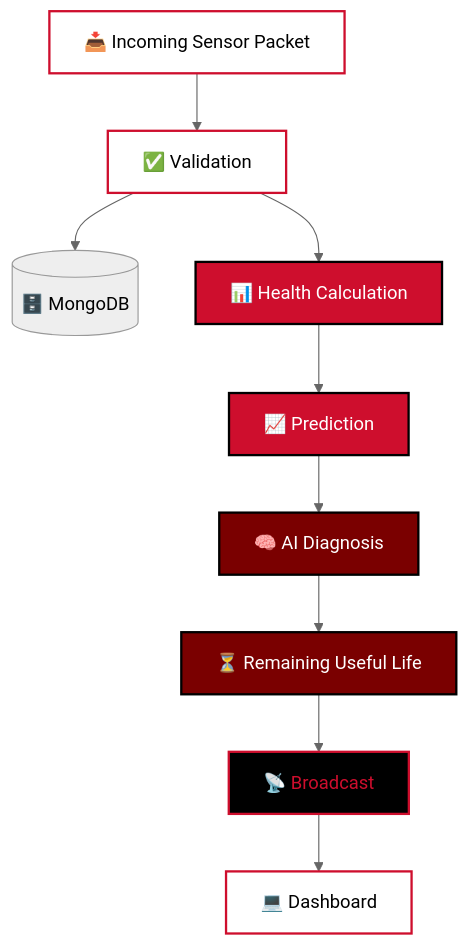
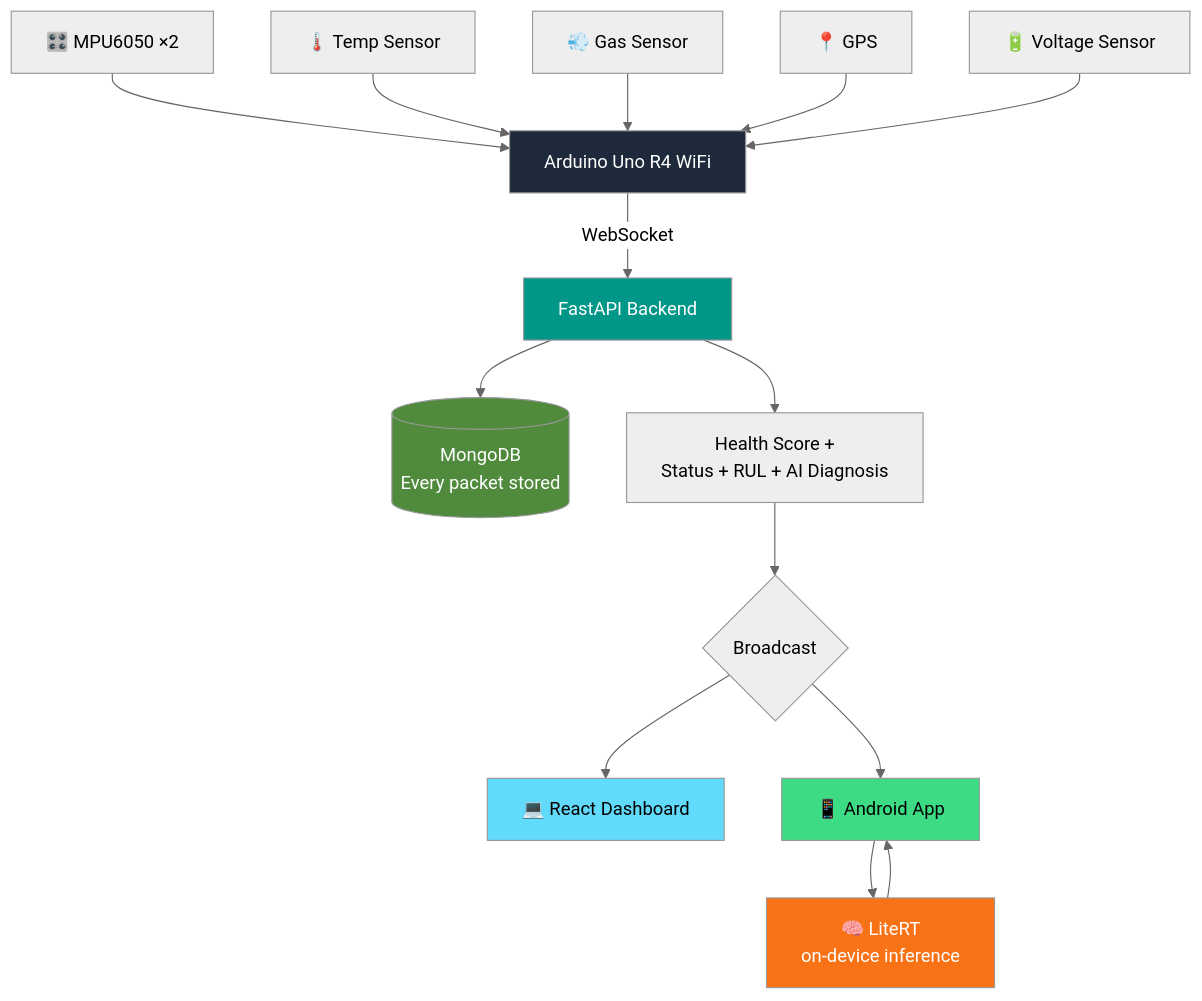
The first of 2 diagrams in README.md (anshuman9468/PulseDrive-Snapdragon-Hack), drawn with Mermaid (neutral theme) before and after one commit. The commit also changed other lines of this file, not shown here.

````diff
--- a/README.md
+++ b/README.md
@@ -577,20 +48,27 @@
 ```mermaid
 flowchart TD
-    IN["📥 Incoming Sensor Packet"] --> VAL["✅ Validation"]
-    VAL --> DB[("🗄️ MongoDB")]
-    VAL --> HC["📊 Health Calculation"]
-    HC --> PR["📈 Prediction"]
-    PR --> DIAG["🧠 AI Diagnosis"]
-    DIAG --> RUL["⏳ Remaining Useful Life"]
-    RUL --> BC["📡 Broadcast"]
-    BC --> DASH["💻 Dashboard"]
+    S1[🎛️ MPU6050 ×2] --> ARD
+    S2[🌡️ Temp Sensor] --> ARD
+    S3[💨 Gas Sensor] --> ARD
+    S4[📍 GPS] --> ARD
+    S5[🔋 Voltage Sensor] --> ARD
 
-    style IN fill:#FFFFFF,color:#000000,stroke:#CE0E2D,stroke-width:2px
-    style VAL fill:#FFFFFF,color:#000000,stroke:#CE0E2D,stroke-width:2px
-    style HC fill:#CE0E2D,color:#fff,stroke:#000000,stroke-width:2px
-    style PR fill:#CE0E2D,color:#fff,stroke:#000000,stroke-width:2px
-    style DIAG fill:#7A0000,color:#fff,stroke:#000000,stroke-width:2px
-    style RUL fill:#7A0000,color:#fff,stroke:#000000,stroke-width:2px
-    style BC fill:#000000,color:#CE0E2D,stroke:#CE0E2D,stroke-width:2px
-    style DASH fill:#FFFFFF,color:#000000,stroke:#CE0E2D,stroke-width:2px
+    ARD[Arduino Uno R4 WiFi] -- WebSocket --> API[FastAPI Backend]
+
+    API --> DB[(MongoDB<br/>Every packet stored)]
+    API --> HC[Health Score +<br/>Status + RUL + AI Diagnosis]
+    HC --> BC{Broadcast}
+
+    BC --> WEB[💻 React Dashboard]
+    BC --> AND[📱 Android App]
+
+    AND --> LR[🧠 LiteRT<br/>on-device inference]
+    LR --> AND
+
+    style ARD fill:#1e293b,color:#fff
+    style API fill:#009688,color:#fff
+    style DB fill:#4f8a3d,color:#fff
+    style LR fill:#f97316,color:#fff
+    style WEB fill:#61dafb,color:#000
+    style AND fill:#3ddc84,color:#000
 ```
````
